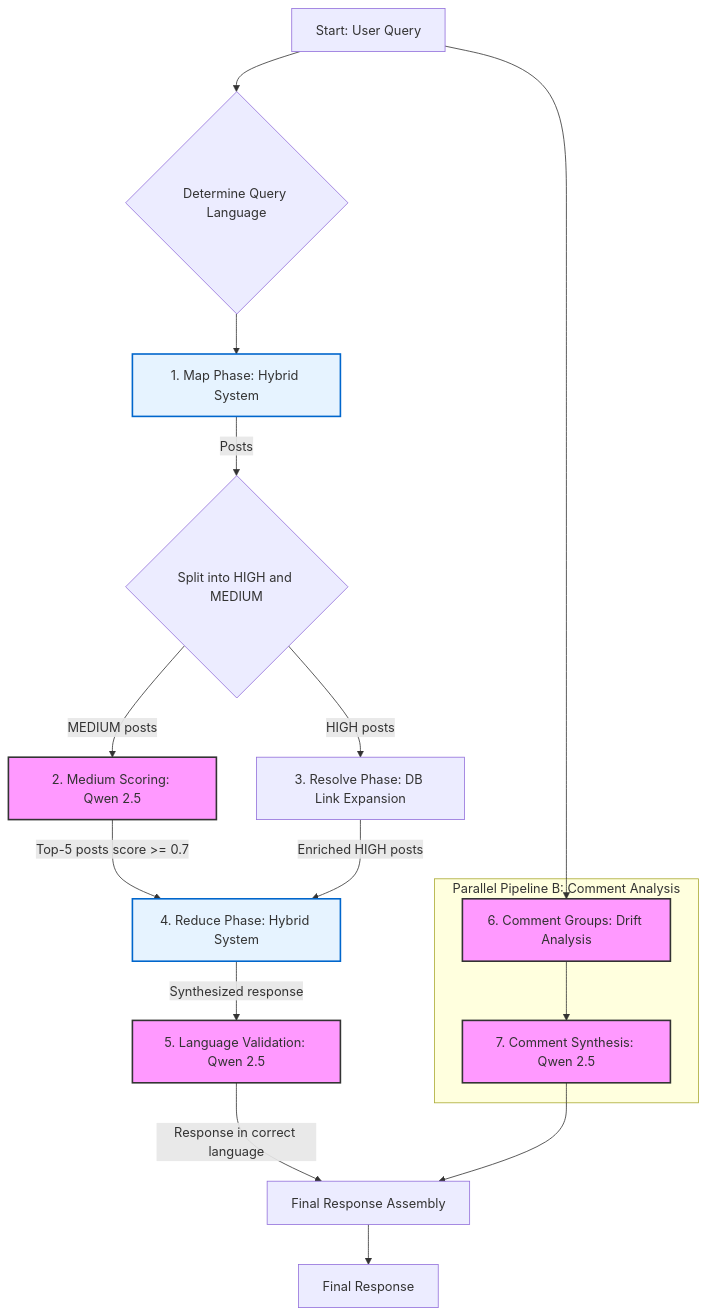
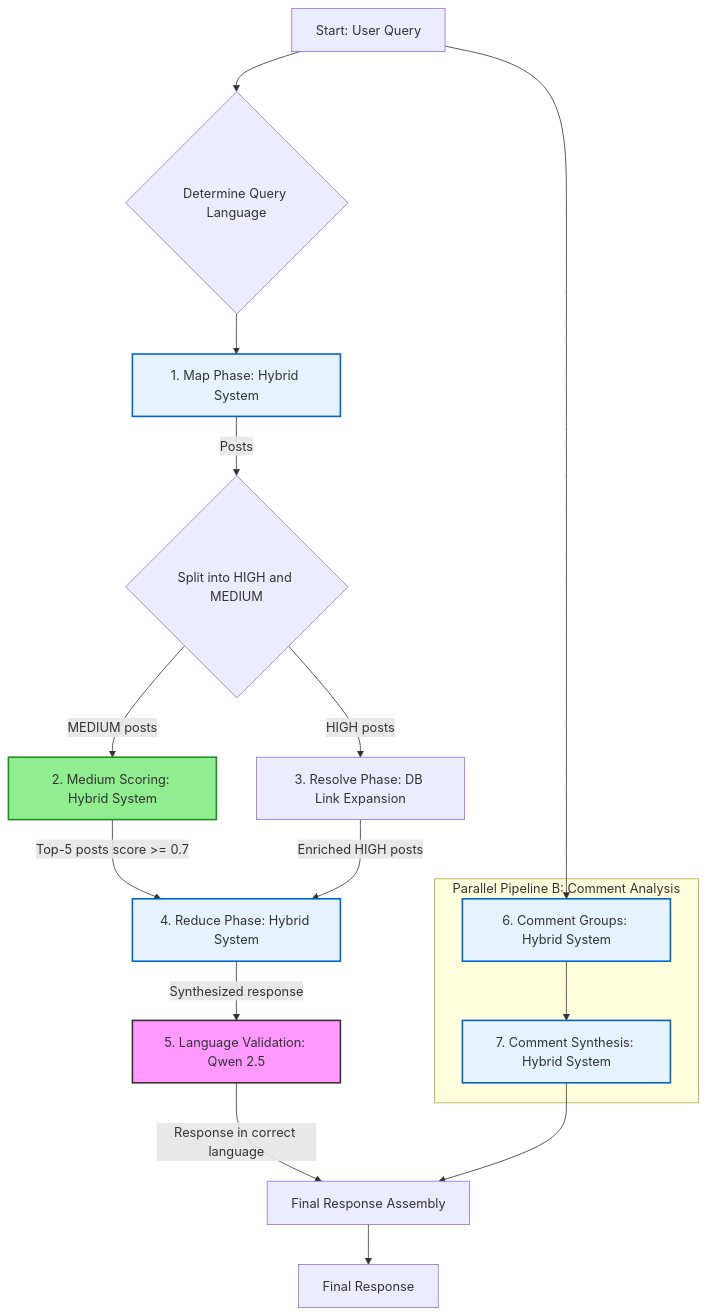
Before and after one commit to shao3d/Experts_panel: the second of 5 diagrams in README.md, drawn with Mermaid. The commit also changed other lines of this file, not shown here.

````diff
--- a/README.md
+++ b/README.md
@@ -50,26 +56,28 @@
 ```mermaid
 graph TD
     A[Start: User Query] --> B{Determine Query Language}
     B --> C[1. Map Phase: Hybrid System]
     C -- "Posts" --> D{Split into HIGH and MEDIUM}
     D -- "HIGH posts" --> E[3. Resolve Phase: DB Link Expansion]
-    D -- "MEDIUM posts" --> F[2. Medium Scoring: Qwen 2.5]
+    D -- "MEDIUM posts" --> F[2. Medium Scoring: Hybrid System]
     F -- "Top-5 posts score >= 0.7" --> G[4. Reduce Phase: Hybrid System]
     E -- "Enriched HIGH posts" --> G
     G -- "Synthesized response" --> H[5. Language Validation: Qwen 2.5]
     H -- "Response in correct language" --> I{Assemble Final Response}
 
     subgraph "Parallel Pipeline B: Comment Analysis"
-        J[6. Comment Groups: Drift Analysis] --> K[7. Comment Synthesis: Qwen 2.5]
+        J[6. Comment Groups: Hybrid System] --> K[7. Comment Synthesis: Hybrid System]
     end
 
     A --> J
     K --> I[Final Response Assembly]
 
     I --> L[Final Response]
 
     classDef llm_step fill:#f9f,stroke:#333,stroke-width:2px
     class C,F,G,H,J,K llm_step
     classDef hybrid_step fill:#e6f3ff,stroke:#0066cc,stroke-width:2px
-    class C,G hybrid_step
+    class C,F,G,J,K hybrid_step
+    classDef cost_optimized fill:#90EE90,stroke:#228B22,stroke-width:2px
+    class F cost_optimized
 ```
````
